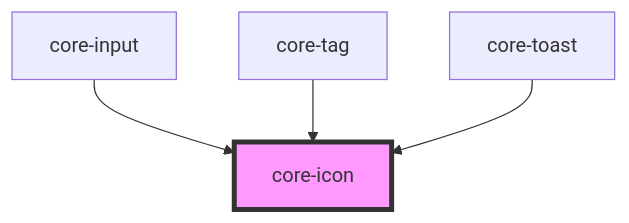
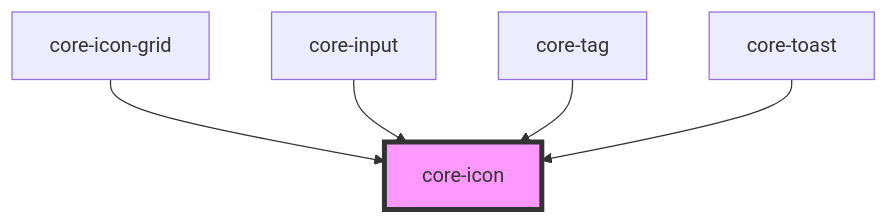
Before and after one commit to iFixit/core-design: the diagram in packages/components-web/src/components/core-icon/readme.md, drawn with Mermaid. The commit also changed other lines of this file and 53 other files, not shown here.

````diff
--- a/packages/components-web/src/components/core-icon/readme.md
+++ b/packages/components-web/src/components/core-icon/readme.md
@@ -28,7 +29,8 @@
 ```mermaid
 graph TD;
+  core-icon-grid --> core-icon
   core-input --> core-icon
   core-tag --> core-icon
   core-toast --> core-icon
   style core-icon fill:#f9f,stroke:#333,stroke-width:4px
 ```
````
